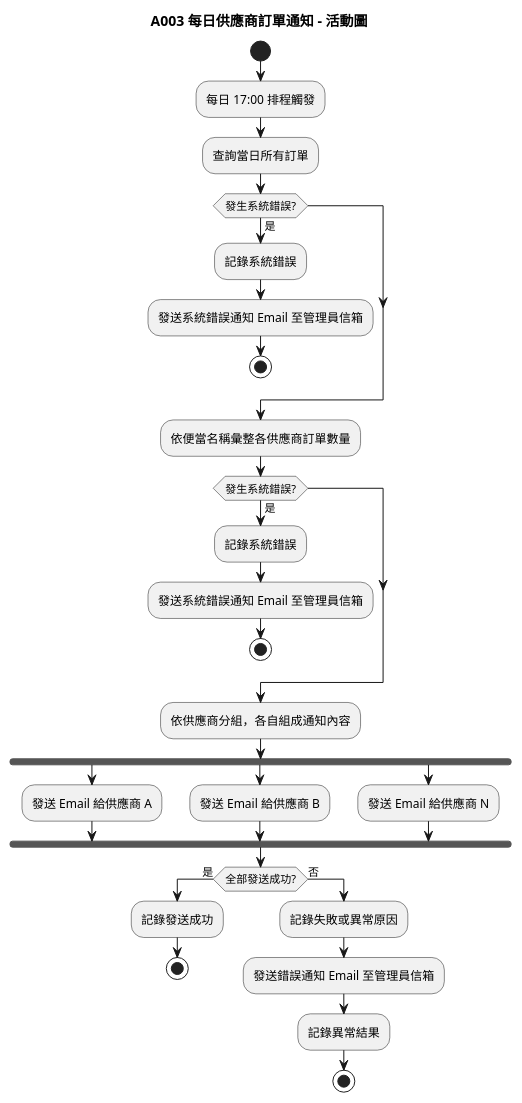
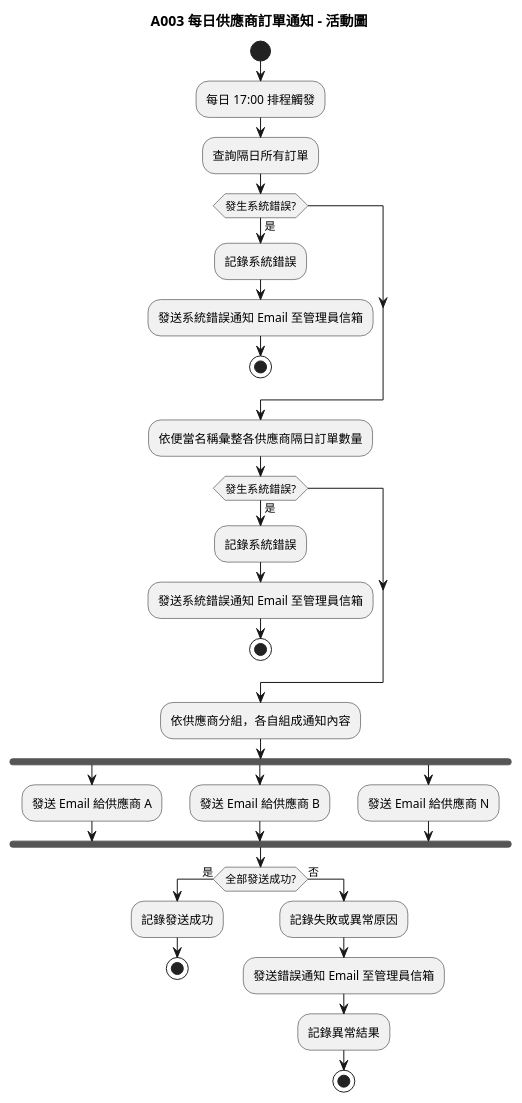
One commit to teyhawzhe/bento-uml changed the diagram in output/A003/A003-activity.puml. Above: the diagram before and after it, drawn with PlantUML. The commit also changed 37 other files, not shown here.

```diff
--- a/output/A003/A003-activity.puml
+++ b/output/A003/A003-activity.puml
@@ -1,43 +1,43 @@
 @startuml A003-activity
 
 title A003 每日供應商訂單通知 - 活動圖
 
 start
 
 :每日 17:00 排程觸發;
 
-:查詢當日所有訂單;
+:查詢隔日所有訂單;
 if (發生系統錯誤?) then (是)
   :記錄系統錯誤;
   :發送系統錯誤通知 Email 至管理員信箱;
   stop
 endif
 
-:依便當名稱彙整各供應商訂單數量;
+:依便當名稱彙整各供應商隔日訂單數量;
 if (發生系統錯誤?) then (是)
   :記錄系統錯誤;
   :發送系統錯誤通知 Email 至管理員信箱;
   stop
 endif
 
 :依供應商分組，各自組成通知內容;
 
 fork
   :發送 Email 給供應商 A;
 fork again
   :發送 Email 給供應商 B;
 fork again
   :發送 Email 給供應商 N;
 end fork
 
 if (全部發送成功?) then (是)
   :記錄發送成功;
   stop
 else (否)
   :記錄失敗或異常原因;
   :發送錯誤通知 Email 至管理員信箱;
   :記錄異常結果;
   stop
 endif
 
 @enduml
```
